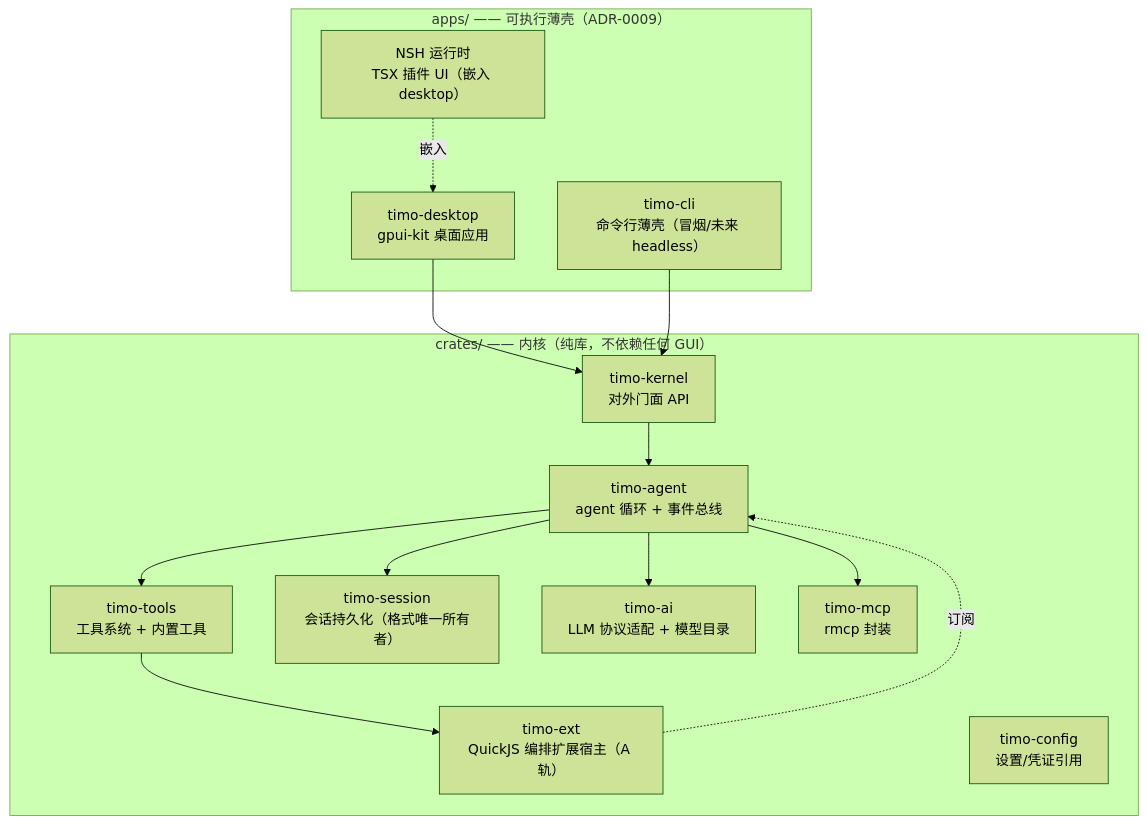
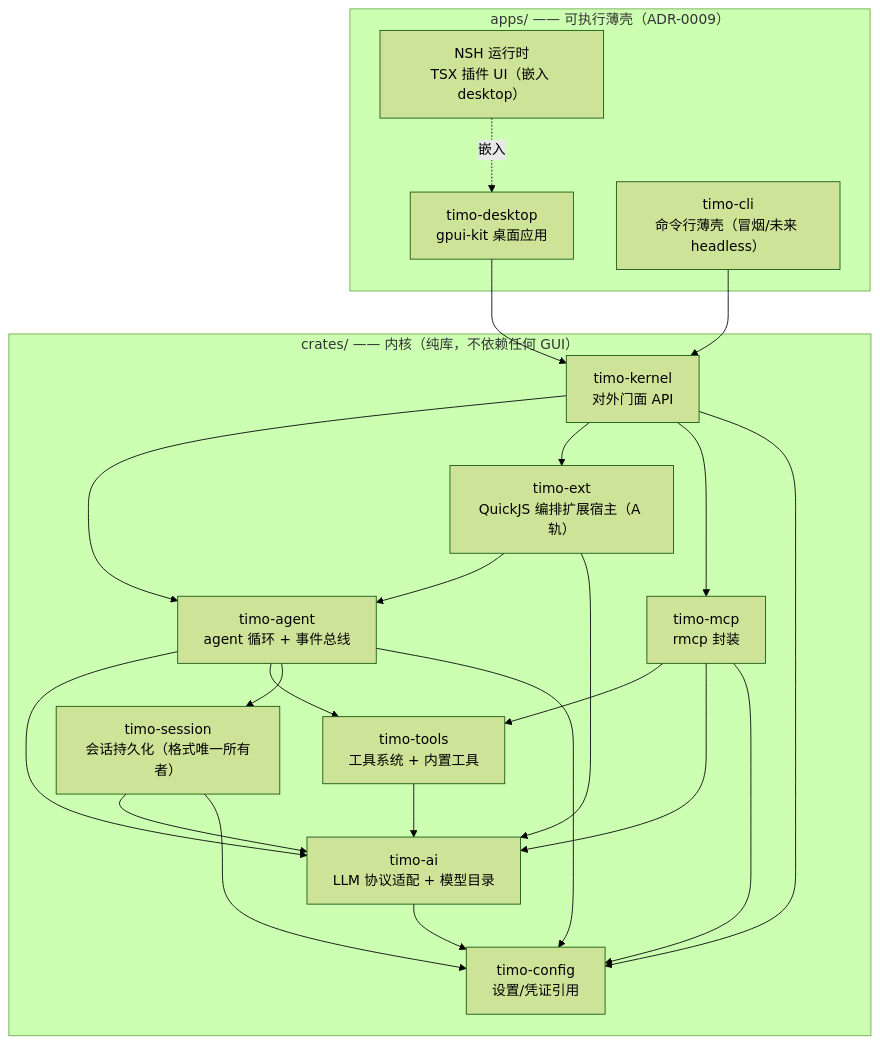
Before and after one commit to qingbird1983/timo-pi: the diagram in docs/architecture/01-overview.md, drawn with Mermaid (forest theme). The commit also changed other lines of this file and 71 other files, not shown here.

````diff
--- a/docs/architecture/01-overview.md
+++ b/docs/architecture/01-overview.md
@@ -9,30 +9,40 @@
 ```mermaid
 graph TB
     subgraph apps["apps/ —— 可执行薄壳（ADR-0009）"]
         desktop["timo-desktop<br/>gpui-kit 桌面应用"]
         cli["timo-cli<br/>命令行薄壳（冒烟/未来 headless）"]
         nshr["NSH 运行时<br/>TSX 插件 UI（嵌入 desktop）"]
     end
 
     subgraph kernel["crates/ —— 内核（纯库，不依赖任何 GUI）"]
         facade["timo-kernel<br/>对外门面 API"]
         ext["timo-ext<br/>QuickJS 编排扩展宿主（A 轨）"]
         agent["timo-agent<br/>agent 循环 + 事件总线"]
         tools["timo-tools<br/>工具系统 + 内置工具"]
         session["timo-session<br/>会话持久化（格式唯一所有者）"]
         ai["timo-ai<br/>LLM 协议适配 + 模型目录"]
         mcp["timo-mcp<br/>rmcp 封装"]
         config["timo-config<br/>设置/凭证引用"]
     end
 
     desktop --> facade
     cli --> facade
     nshr -. 嵌入 .-> desktop
     facade --> agent
+    facade --> ext
+    facade --> mcp
+    facade --> config
     agent --> ai
     agent --> tools
     agent --> session
-    agent --> mcp
-    tools --> ext
-    ext -. 订阅 .-> agent
+    agent --> config
+    tools --> ai
+    session --> ai
+    session --> config
+    ext --> agent
+    ext --> ai
+    mcp --> tools
+    mcp --> ai
+    mcp --> config
+    ai --> config
 ```
````
